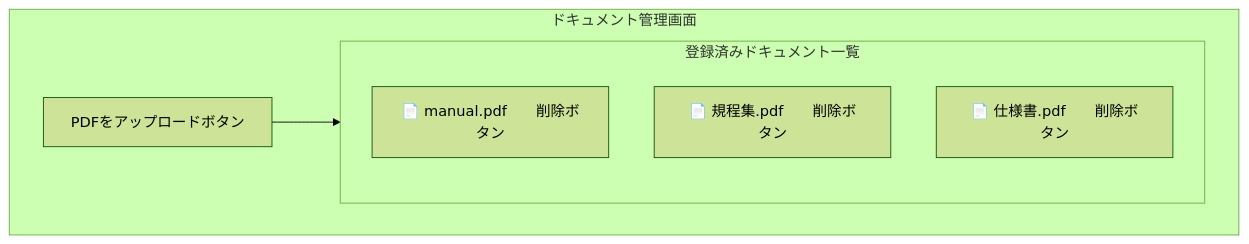
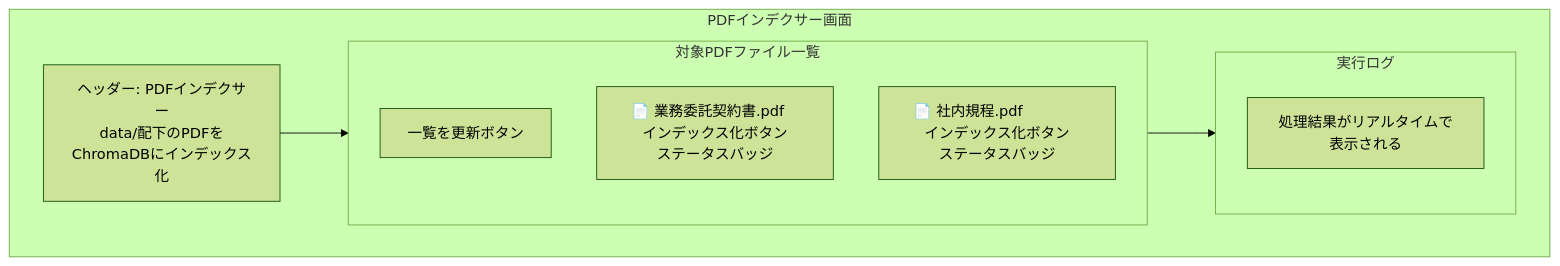
One commit to redmine54/ai_chat changed the second of 3 diagrams in docs/design/ui_design.md. Above: the diagram before and after it, drawn with Mermaid (forest theme). The commit also changed other lines of this file and 12 other files, not shown here.

````diff
--- a/docs/design/ui_design.md
+++ b/docs/design/ui_design.md
@@ -49,13 +49,17 @@
 ```mermaid
 graph TD
-    subgraph SCR002[ドキュメント管理画面]
-        Upload[PDFをアップロードボタン]
-        subgraph List[登録済みドキュメント一覧]
-            Doc1[📄 manual.pdf　　削除ボタン]
-            Doc2[📄 規程集.pdf　　削除ボタン]
-            Doc3[📄 仕様書.pdf　　削除ボタン]
+    subgraph SCR002[PDFインデクサー画面]
+        Header2[ヘッダー: PDFインデクサー\ndata/配下のPDFをChromaDBにインデックス化]
+        subgraph FileList[対象PDFファイル一覧]
+            Reload[一覧を更新ボタン]
+            PDF1[📄 業務委託契約書.pdf　　インデックス化ボタン　ステータスバッジ]
+            PDF2[📄 社内規程.pdf　　　　　インデックス化ボタン　ステータスバッジ]
+        end
+        subgraph Log[実行ログ]
+            LogArea[処理結果がリアルタイムで表示される]
         end
     end
 
-    Upload --> List
+    Header2 --> FileList
+    FileList --> Log
 ```
````
